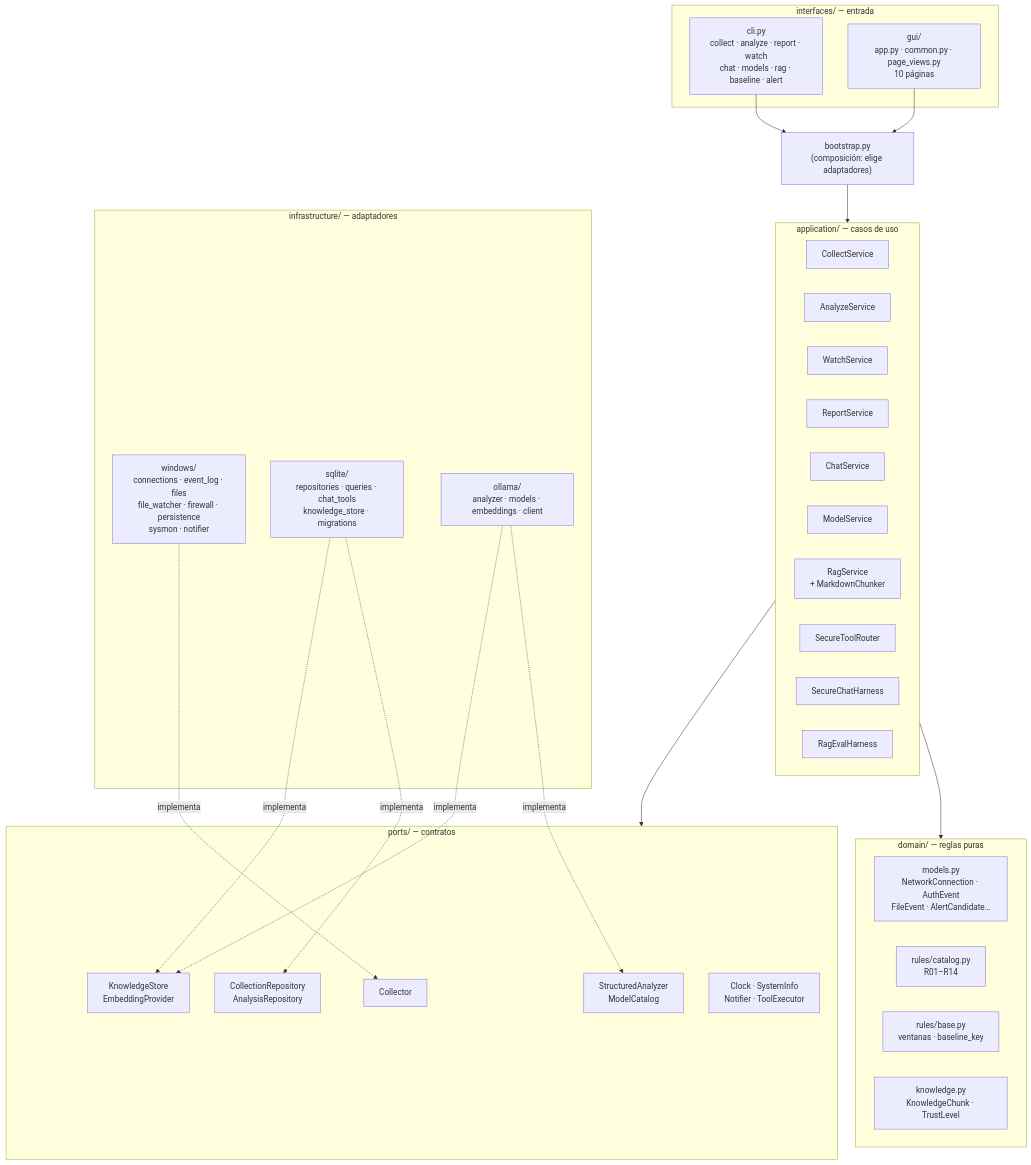
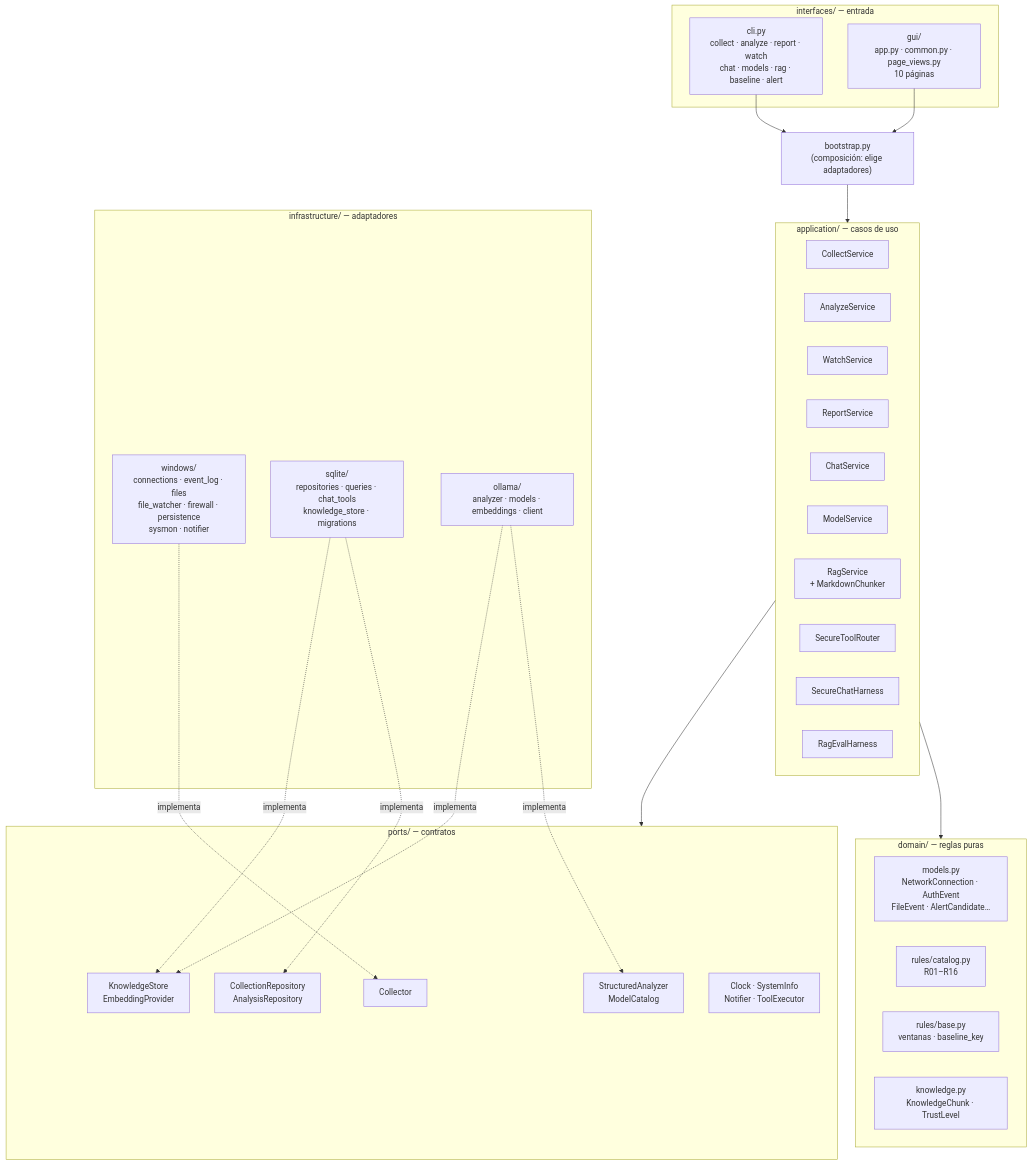
One commit to lindecode/Atalaya changed the second of 8 diagrams in README/README.arqu.md. Above: the diagram before and after it, drawn with Mermaid. The commit also changed other lines of this file and 7 other files, not shown here.

````diff
--- a/README/README.arqu.md
+++ b/README/README.arqu.md
@@ -54,54 +54,54 @@
 ```mermaid
 flowchart TB
     subgraph IF["interfaces/ — entrada"]
         cli["cli.py<br/>collect · analyze · report · watch<br/>chat · models · rag · baseline · alert"]
         guiapp["gui/<br/>app.py · common.py · page_views.py<br/>10 páginas"]
     end
 
     boot["bootstrap.py<br/>(composición: elige adaptadores)"]
 
     subgraph APP["application/ — casos de uso"]
         collect["CollectService"]
         analyze["AnalyzeService"]
         watch["WatchService"]
         report["ReportService"]
         chat["ChatService"]
         models["ModelService"]
         rag["RagService<br/>+ MarkdownChunker"]
         router["SecureToolRouter"]
         harness["SecureChatHarness"]
         evals["RagEvalHarness"]
     end
 
     subgraph DOM["domain/ — reglas puras"]
         dmodels["models.py<br/>NetworkConnection · AuthEvent<br/>FileEvent · AlertCandidate…"]
-        rules["rules/catalog.py<br/>R01–R14"]
+        rules["rules/catalog.py<br/>R01–R16"]
         rbase["rules/base.py<br/>ventanas · baseline_key"]
         know["knowledge.py<br/>KnowledgeChunk · TrustLevel"]
     end
 
     subgraph PORTS["ports/ — contratos"]
         pcol["Collector"]
         prepo["CollectionRepository<br/>AnalysisRepository"]
         pllm["StructuredAnalyzer<br/>ModelCatalog"]
         prag["KnowledgeStore<br/>EmbeddingProvider"]
         pother["Clock · SystemInfo<br/>Notifier · ToolExecutor"]
     end
 
     subgraph INFRA["infrastructure/ — adaptadores"]
         win["windows/<br/>connections · event_log · files<br/>file_watcher · firewall · persistence<br/>sysmon · notifier"]
         sql["sqlite/<br/>repositories · queries · chat_tools<br/>knowledge_store · migrations"]
         oll["ollama/<br/>analyzer · models · embeddings · client"]
     end
 
     cli --> boot
     guiapp --> boot
     boot --> APP
     APP --> DOM
     APP --> PORTS
     win -. implementa .-> pcol
     sql -. implementa .-> prepo
     sql -. implementa .-> prag
     oll -. implementa .-> pllm
     oll -. implementa .-> prag
 ```
````
